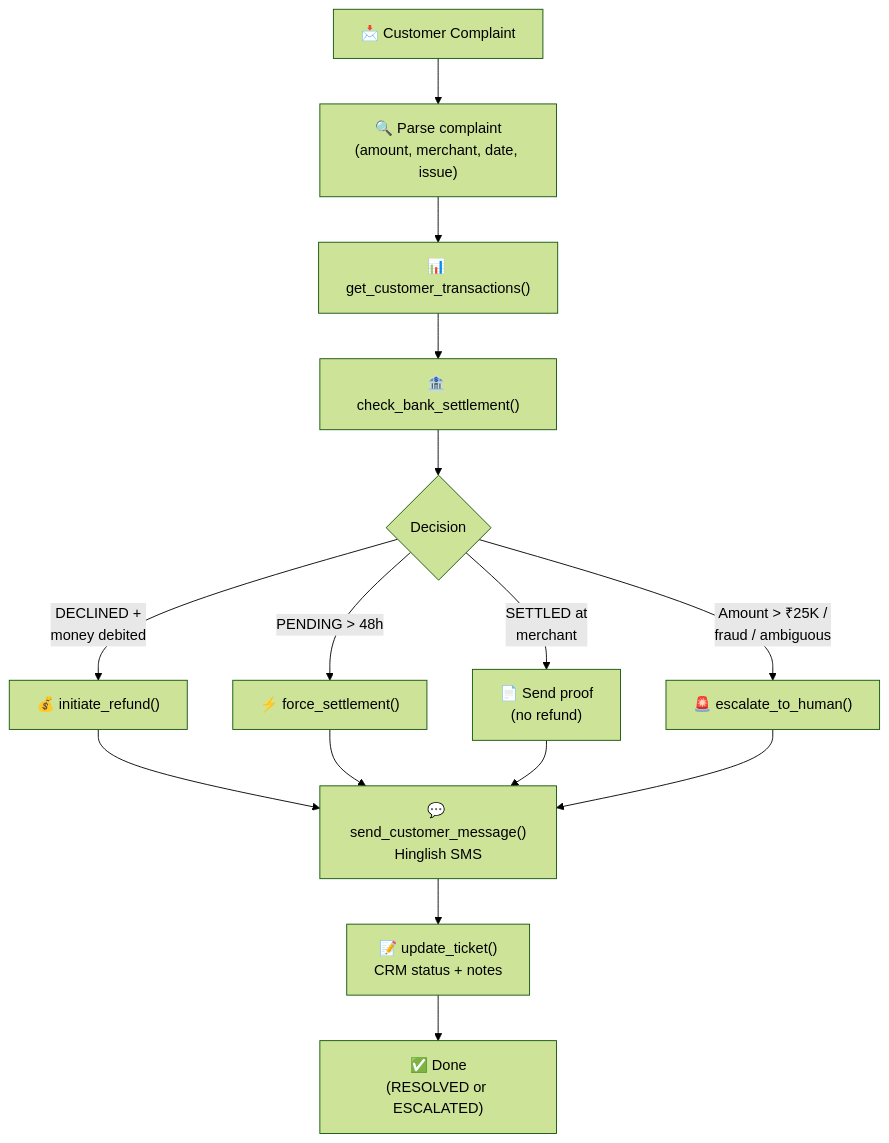
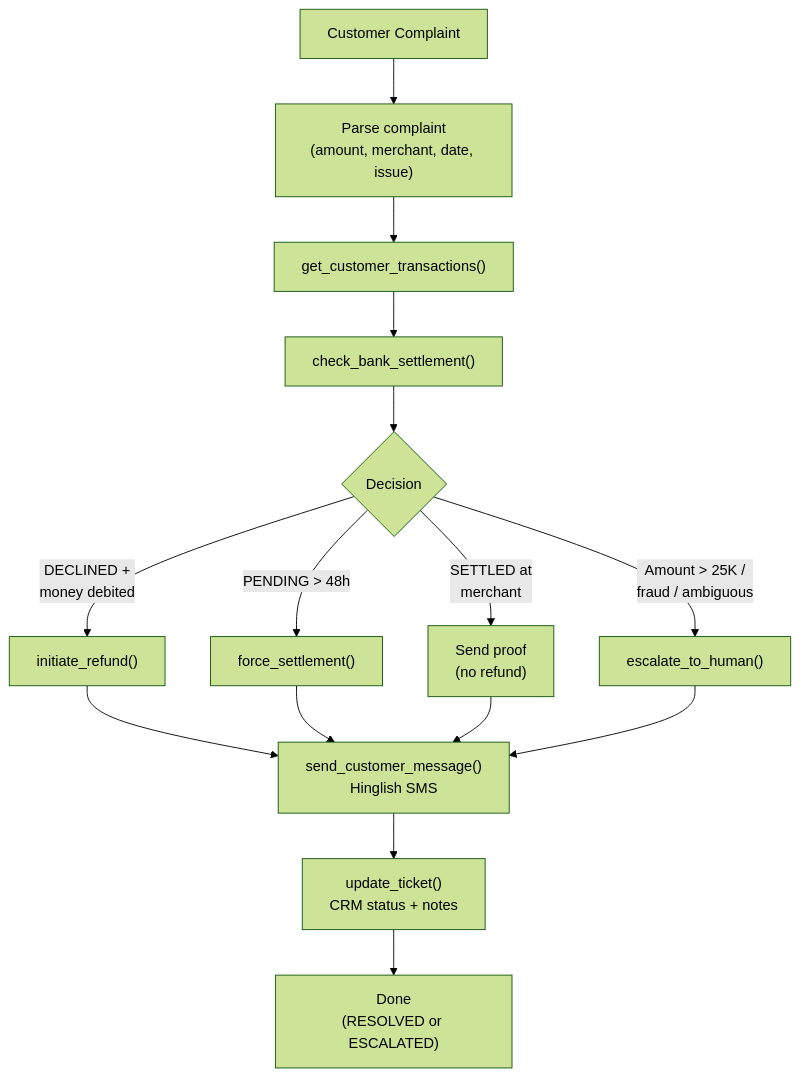
The second of 2 diagrams in README.md (techbhuvi04/Payments), drawn with Mermaid (forest theme) before and after one commit. The commit also changed other lines of this file and 4 other files, not shown here.

````diff
--- a/README.md
+++ b/README.md
@@ -133,17 +133,17 @@
 ```mermaid
 flowchart TD
-    A["📩 Customer Complaint"] --> B["🔍 Parse complaint\n(amount, merchant, date, issue)"]
-    B --> C["📊 get_customer_transactions()"]
-    C --> D["🏦 check_bank_settlement()"]
+    A["Customer Complaint"] --> B["Parse complaint\n(amount, merchant, date, issue)"]
+    B --> C["get_customer_transactions()"]
+    C --> D["check_bank_settlement()"]
     D --> E{Decision}
-    E -- "DECLINED +\nmoney debited" --> F["💰 initiate_refund()"]
-    E -- "PENDING > 48h" --> G["⚡ force_settlement()"]
-    E -- "SETTLED at\nmerchant" --> H["📄 Send proof\n(no refund)"]
-    E -- "Amount > ₹25K /\nfraud / ambiguous" --> I["🚨 escalate_to_human()"]
-    F --> J["💬 send_customer_message()\nHinglish SMS"]
+    E -- "DECLINED +\nmoney debited" --> F["initiate_refund()"]
+    E -- "PENDING > 48h" --> G["force_settlement()"]
+    E -- "SETTLED at\nmerchant" --> H["Send proof\n(no refund)"]
+    E -- "Amount > 25K /\nfraud / ambiguous" --> I["escalate_to_human()"]
+    F --> J["send_customer_message()\nHinglish SMS"]
     G --> J
     H --> J
     I --> J
-    J --> K["📝 update_ticket()\nCRM status + notes"]
-    K --> L["✅ Done\n(RESOLVED or ESCALATED)"]
+    J --> K["update_ticket()\nCRM status + notes"]
+    K --> L["Done\n(RESOLVED or ESCALATED)"]
 ```
````
